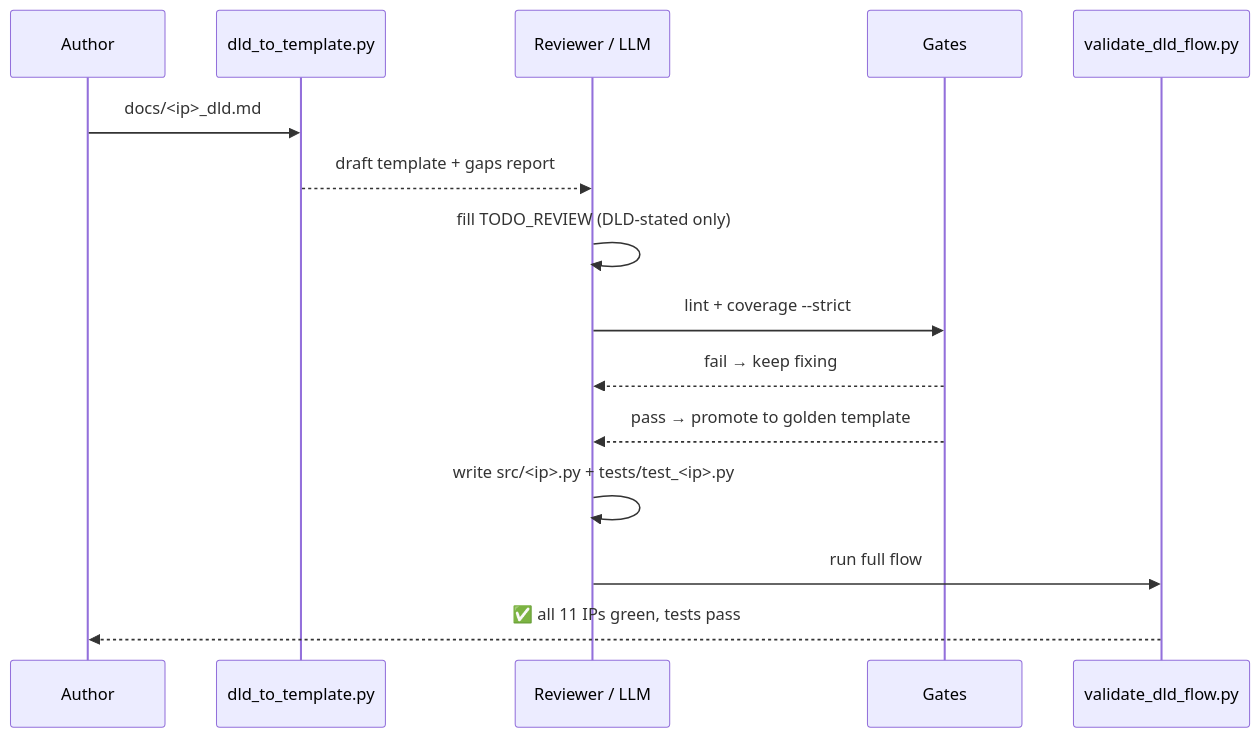
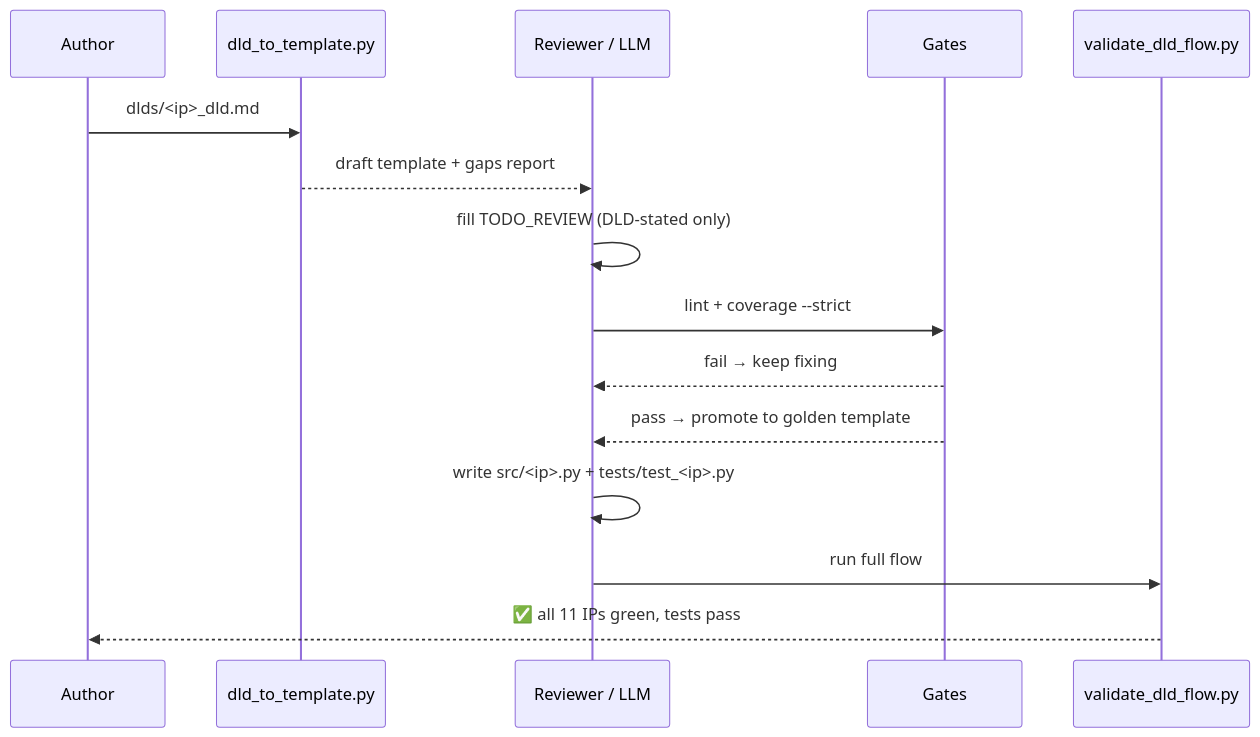
The eighth of 8 diagrams in docs/pipeline_overview.md (kushkumar16/ip_model_automation), drawn with Mermaid before and after one commit. The commit also changed other lines of this file and 21 other files, not shown here.

````diff
--- a/docs/pipeline_overview.md
+++ b/docs/pipeline_overview.md
@@ -305,18 +305,18 @@
 ```mermaid
 sequenceDiagram
     participant U as Author
     participant X as dld_to_template.py
     participant R as Reviewer / LLM
     participant G as Gates
     participant V as validate_dld_flow.py
 
-    U->>X: docs/<ip>_dld.md
+    U->>X: dlds/<ip>_dld.md
     X-->>R: draft template + gaps report
     R->>R: fill TODO_REVIEW (DLD-stated only)
     R->>G: lint + coverage --strict
     G-->>R: fail → keep fixing
     G-->>R: pass → promote to golden template
     R->>R: write src/<ip>.py + tests/test_<ip>.py
     R->>V: run full flow
     V-->>U: ✅ all 11 IPs green, tests pass
 ```
````
